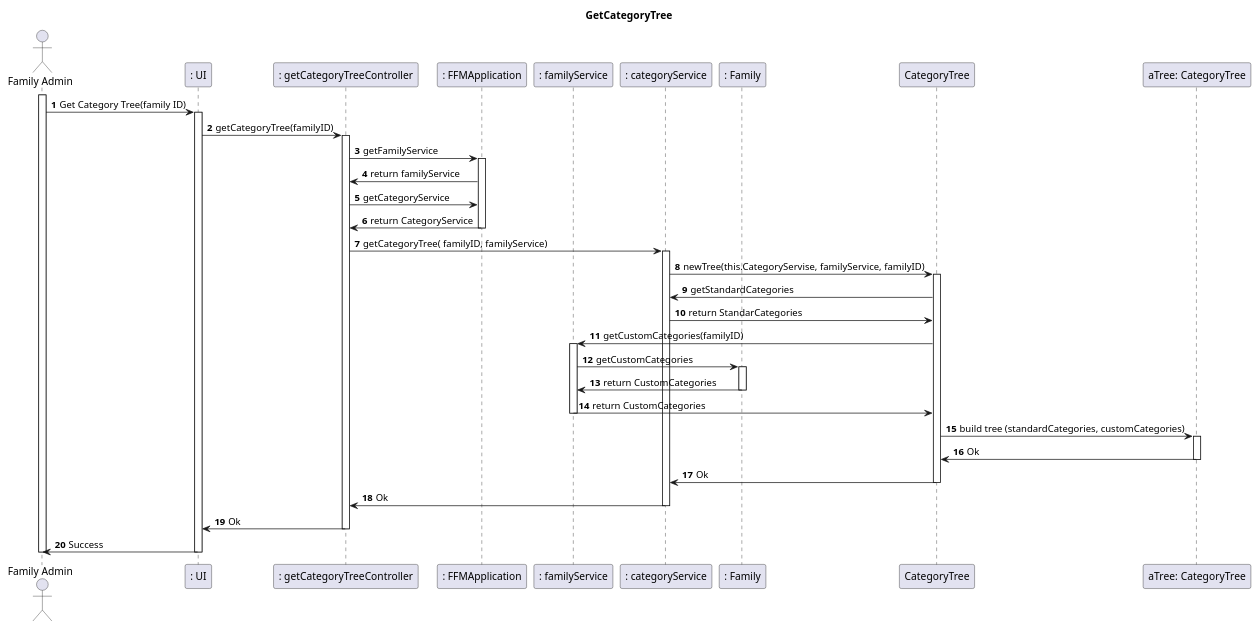
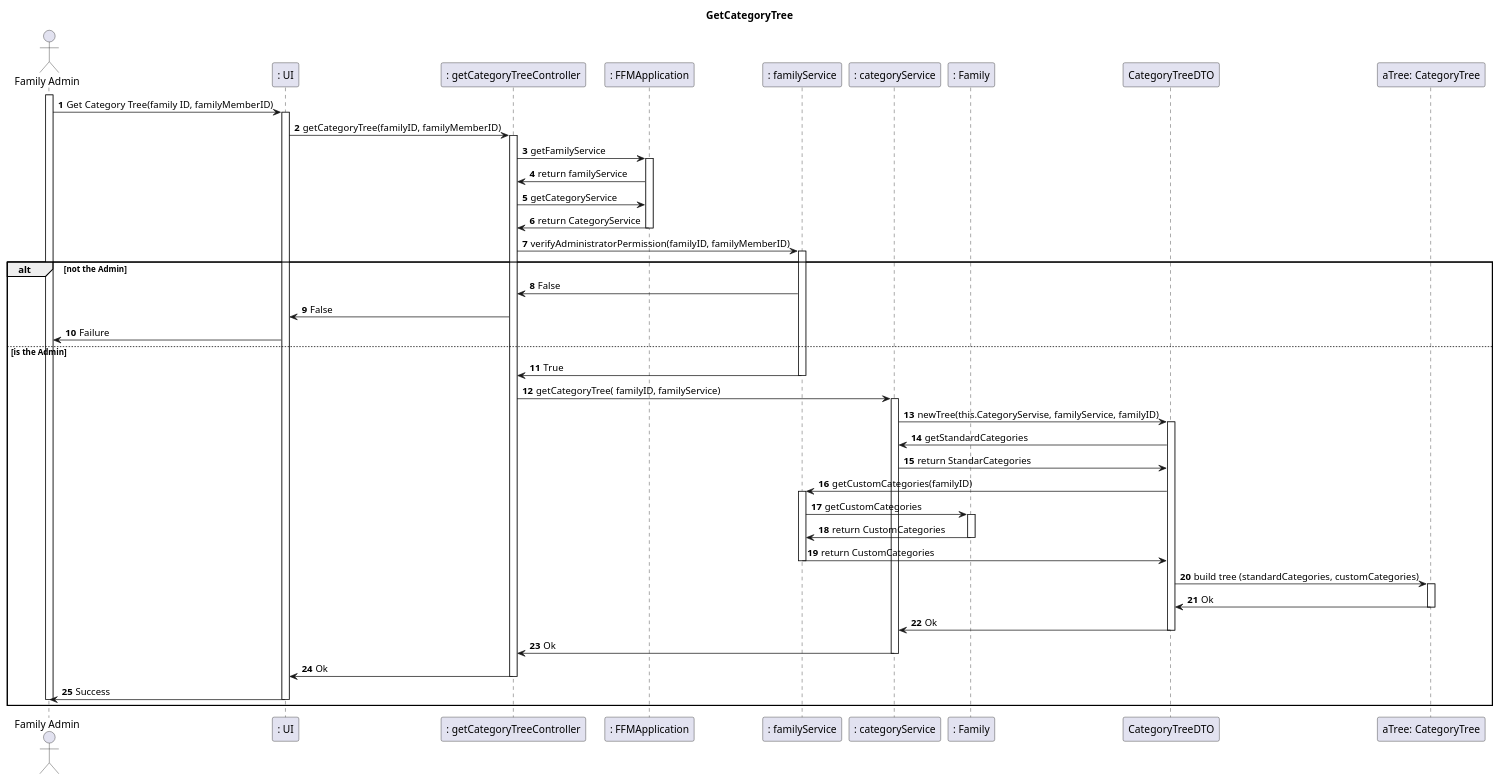
The diagram in docs/US110_GetCategoryTree.md (tomas-osswald/switch_2020_g3), drawn with PlantUML before and after one commit. The commit also changed other lines of this file and 4 other files, not shown here.

Commit message:
Changed getCategoryTree to accept and validate a familyMemberID to verify admin permission. Finished Documentation for US110

`````diff
--- a/docs/US110_GetCategoryTree.md
+++ b/docs/US110_GetCategoryTree.md
@@ -31,54 +31,68 @@
 ````puml
 @startuml
 autonumber
 title GetCategoryTree
 actor "Family Admin" as actor
 participant ": UI" as UI
 participant ": getCategoryTreeController" as controller
 participant ": FFMApplication" as application
 participant ": familyService" as famservice
 participant ": categoryService" as catservice
 participant ": Family" as family
-participant "CategoryTree" as tree
+participant "CategoryTreeDTO" as tree
 participant "aTree: CategoryTree" as atree
 
 activate actor
-actor -> UI: Get Category Tree(family ID)
+actor -> UI: Get Category Tree(family ID, familyMemberID)
 activate UI
-UI -> controller: getCategoryTree(familyID)
+UI -> controller: getCategoryTree(familyID, familyMemberID)
 activate controller
 controller -> application: getFamilyService
 activate application
 application -> controller: return familyService
 controller -> application: getCategoryService
 application -> controller: return CategoryService
 deactivate application
-controller -> catservice: getCategoryTree( familyID, familyService)
-activate catservice
-catservice -> tree: newTree(this.CategoryServise, familyService, familyID)
-activate tree
-tree -> catservice: getStandardCategories
-catservice->tree: return StandarCategories
-tree-> famservice: getCustomCategories(familyID)
+controller -> famservice: verifyAdministratorPermission(familyID, familyMemberID)
 activate famservice
-famservice -> family: getCustomCategories
-activate family
-family->famservice: return CustomCategories
-deactivate family
-famservice ->tree: return CustomCategories
-deactivate famservice
-tree->atree: build tree (standardCategories, customCategories)
-activate atree
-atree->tree: Ok
-deactivate atree
-tree->catservice:Ok
-deactivate tree
-catservice->controller:Ok
-deactivate catservice
-controller->UI: Ok
-deactivate controller
-UI->actor: Success
-deactivate UI
-deactivate actor
+
+alt not the Admin
+    
+    famservice -> controller: False
+    controller-> UI: False
+    UI-> actor: Failure
+
+else is the Admin    
+    
+    famservice -> controller: True
+    deactivate famservice
+    controller -> catservice: getCategoryTree( familyID, familyService)
+    activate catservice
+    catservice -> tree: newTree(this.CategoryServise, familyService, familyID)
+    activate tree
+    tree -> catservice: getStandardCategories
+    catservice->tree: return StandarCategories
+    tree-> famservice: getCustomCategories(familyID)
+    activate famservice
+    famservice -> family: getCustomCategories
+    activate family
+    family->famservice: return CustomCategories
+    deactivate family
+    famservice ->tree: return CustomCategories
+    deactivate famservice
+    tree->atree: build tree (standardCategories, customCategories)
+    activate atree
+    atree->tree: Ok
+    deactivate atree
+    tree->catservice:Ok
+    deactivate tree
+    catservice->controller:Ok
+    deactivate catservice
+    controller->UI: Ok
+    deactivate controller
+    UI->actor: Success
+    deactivate UI
+    deactivate actor
+    end
 @enduml
 ````
`````
